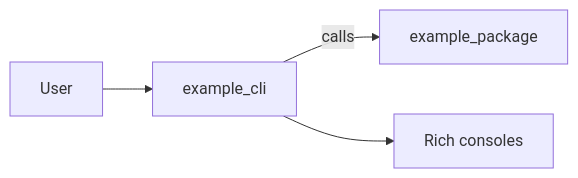
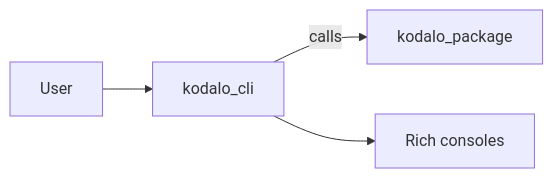
Before and after one commit to coldsofttech/Kodalo: the second of 3 diagrams in docs/architecture.md, drawn with Mermaid. The commit also changed other lines of this file and 93 other files, not shown here.

````diff
--- a/docs/architecture.md
+++ b/docs/architecture.md
@@ -49,6 +49,6 @@
 ```mermaid
 flowchart LR
-    U[User] --> C[example_cli]
-    C -->|calls| L[example_package]
+    U[User] --> C[kodalo_cli]
+    C -->|calls| L[kodalo_package]
     C --> O[Rich consoles]
 ```
````
